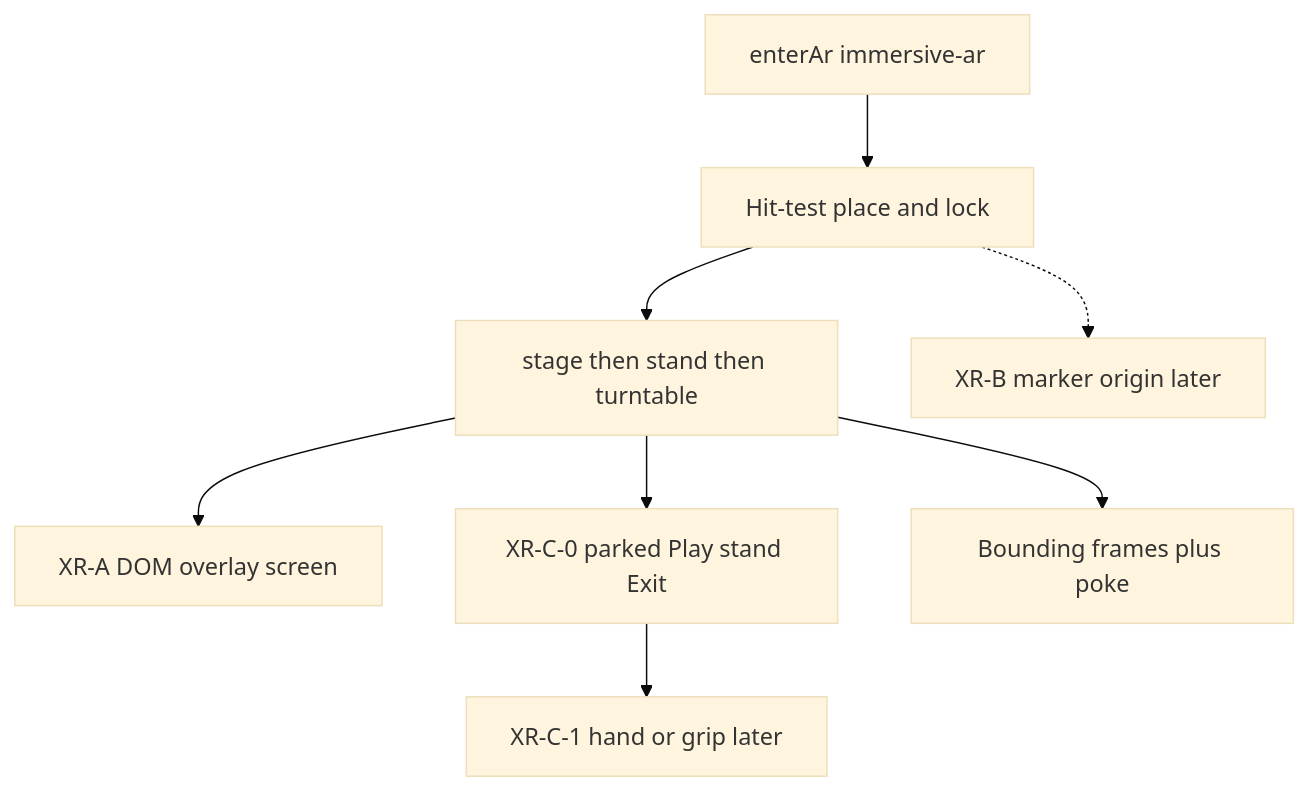
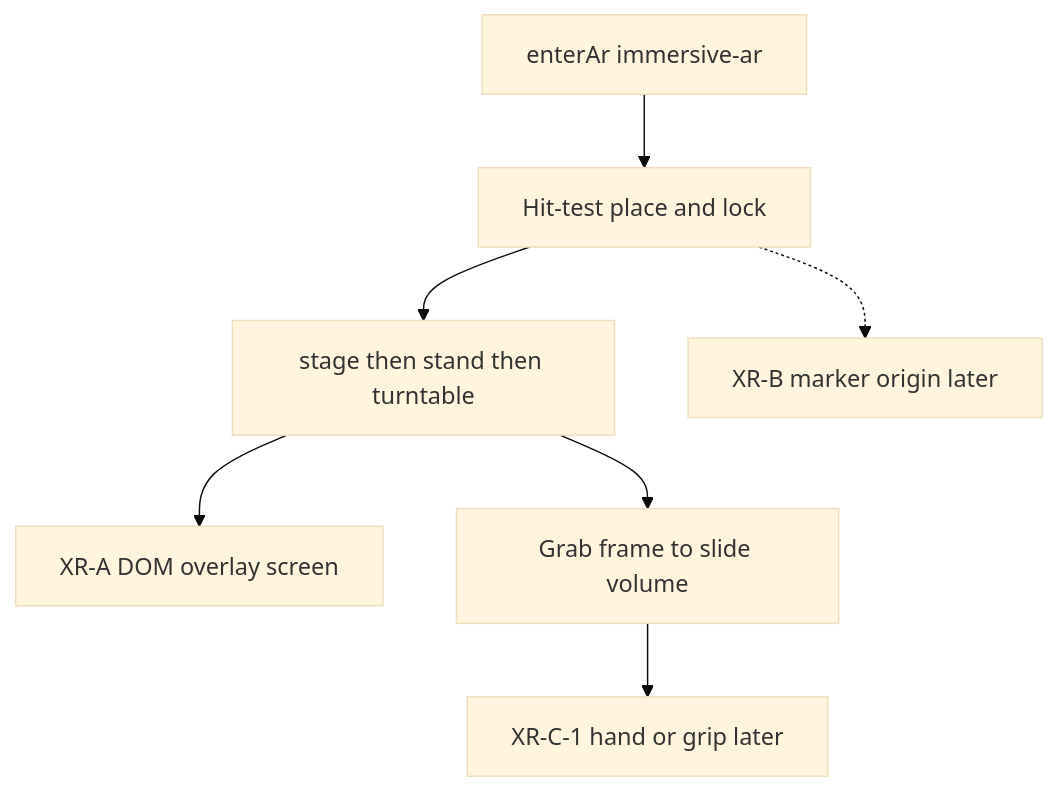
One commit to PiMaV/DONNER changed diagram 29 of 29 in architecture.md. Above: the diagram before and after it, drawn with Mermaid (base theme). The commit also changed other lines of this file and 11 other files, not shown here.

First line of the commit message:
Fix Quest AR session and sharpness, drop the unread world plate, and let a grabbed frame slide the volume.

````diff
--- a/architecture.md
+++ b/architecture.md
@@ -1071,17 +1074,15 @@
 ```mermaid
 flowchart TB
   enter[enterAr immersive-ar]
   place[Hit-test place and lock]
   volume[stage then stand then turntable]
   overlay[XR-A DOM overlay screen]
-  hud[XR-C-0 parked Play stand Exit]
-  frames[Bounding frames plus poke]
+  frames[Grab frame to slide volume]
   hands[XR-C-1 hand or grip later]
   marker[XR-B marker origin later]
   enter --> place --> volume
   volume --> overlay
-  volume --> hud
   volume --> frames
-  hud --> hands
+  frames --> hands
   place -.-> marker
 ```
````
